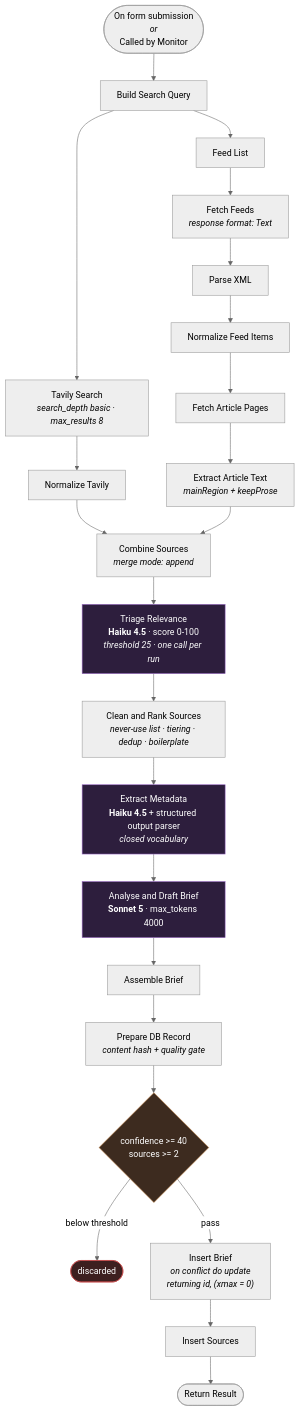
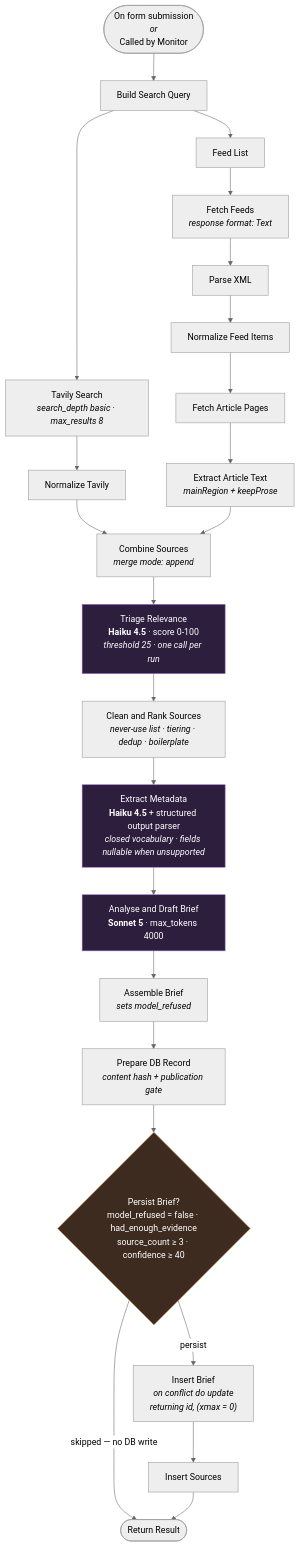
Before and after one commit to julianIT180/payments-intelligence: the second of 6 diagrams in docs/architecture.md, drawn with Mermaid (neutral theme). The commit also changed other lines of this file and 9 other files, not shown here.

````diff
--- a/docs/architecture.md
+++ b/docs/architecture.md
@@ -81,38 +81,36 @@
 ```mermaid
 flowchart TD
     TRIG(["On form submission<br/><i>or</i><br/>Called by Monitor"]) --> BSQ["Build Search Query"]
 
     BSQ --> TAVILY["Tavily Search<br/><i>search_depth basic · max_results 8</i>"]
     BSQ --> FEEDS["Feed List"]
 
     TAVILY --> NORMT["Normalize Tavily"]
 
     FEEDS --> FETCH["Fetch Feeds<br/><i>response format: Text</i>"]
     FETCH --> PARSE["Parse XML"]
     PARSE --> NORMF["Normalize Feed Items"]
     NORMF --> FETCHA["Fetch Article Pages"]
     FETCHA --> EXTRACT["Extract Article Text<br/><i>mainRegion + keepProse</i>"]
 
     NORMT --> COMBINE["Combine Sources<br/><i>merge mode: append</i>"]
     EXTRACT --> COMBINE
 
     COMBINE --> TRIAGE["Triage Relevance<br/><b>Haiku 4.5</b> · score 0-100<br/><i>threshold 25 · one call per run</i>"]
     TRIAGE --> CLEAN["Clean and Rank Sources<br/><i>never-use list · tiering · dedup · boilerplate</i>"]
-    CLEAN --> META["Extract Metadata<br/><b>Haiku 4.5</b> + structured output parser<br/><i>closed vocabulary</i>"]
+    CLEAN --> META["Extract Metadata<br/><b>Haiku 4.5</b> + structured output parser<br/><i>closed vocabulary · fields nullable when unsupported</i>"]
     META --> DRAFT["Analyse and Draft Brief<br/><b>Sonnet 5</b> · max_tokens 4000"]
-    DRAFT --> ASM["Assemble Brief"]
-    ASM --> PREP["Prepare DB Record<br/><i>content hash + quality gate</i>"]
+    DRAFT --> ASM["Assemble Brief<br/><i>sets model_refused</i>"]
+    ASM --> PREP["Prepare DB Record<br/><i>content hash + publication gate</i>"]
 
-    PREP --> GATE{"confidence >= 40<br/>sources >= 2"}
-    GATE -->|"below threshold"| DROP(["discarded"])
-    GATE -->|"pass"| INS["Insert Brief<br/><i>on conflict do update</i><br/><i>returning id, (xmax = 0)</i>"]
+    PREP --> GATE{"Persist Brief?<br/>model_refused = false · had_enough_evidence<br/>source_count ≥ 3 · confidence ≥ 40"}
+    GATE -->|"skipped — no DB write"| RET(["Return Result"])
+    GATE -->|"persist"| INS["Insert Brief<br/><i>on conflict do update</i><br/><i>returning id, (xmax = 0)</i>"]
     INS --> INSS["Insert Sources"]
-    INSS --> RET(["Return Result"])
+    INSS --> RET
 
     classDef model fill:#2d1e3d,stroke:#9b6bc7,color:#fff
     classDef gate fill:#3d2b1f,stroke:#c17f3f,color:#fff
-    classDef drop fill:#3d1f1f,stroke:#c74a4a,color:#fff
     class TRIAGE,META,DRAFT model
     class GATE gate
-    class DROP drop
 ```
````
